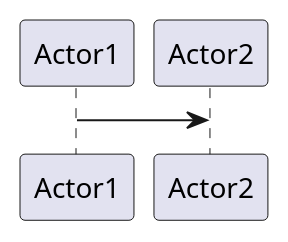
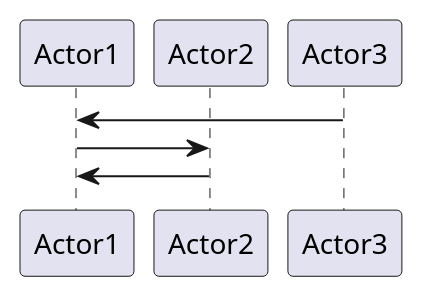
Before and after one commit to davidsteiner/seq-rs: the diagram in example.puml, drawn with PlantUML. The commit also changed 1 other file, not shown here.

```diff
--- a/example.puml
+++ b/example.puml
@@ -1,6 +1,8 @@
 @startuml
 participant Actor1
 participant Actor2
 
+Actor3 -> Actor1
 Actor1 -> Actor2
+Actor2 -> Actor1
 @enduml
```
